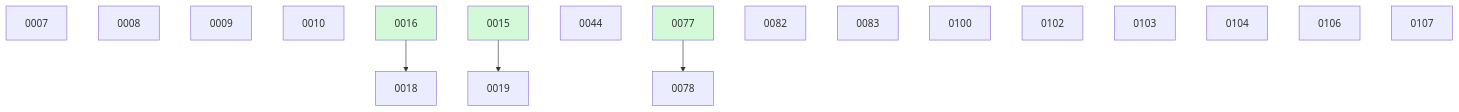
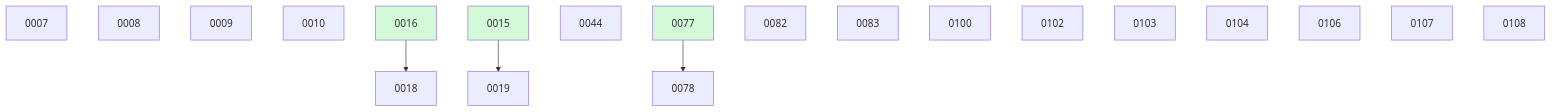
One commit to danielhanold/docket changed the diagram in docs/changes/BOARD.md. Above: the diagram before and after it, drawn with Mermaid. The commit also changed other lines of this file, not shown here.

````diff
--- a/docs/changes/BOARD.md
+++ b/docs/changes/BOARD.md
@@ -41,23 +42,24 @@
 ```mermaid
 graph TD
   0007
   0008
   0009
   0010
   0016 --> 0018
   0015 --> 0019
   0044
   0077 --> 0078
   0082
   0083
   0100
   0102
   0103
   0104
   0106
   0107
+  0108
   0015:::done
   0016:::done
   0077:::done
   classDef done fill:#d3f9d8;
 ```
````
